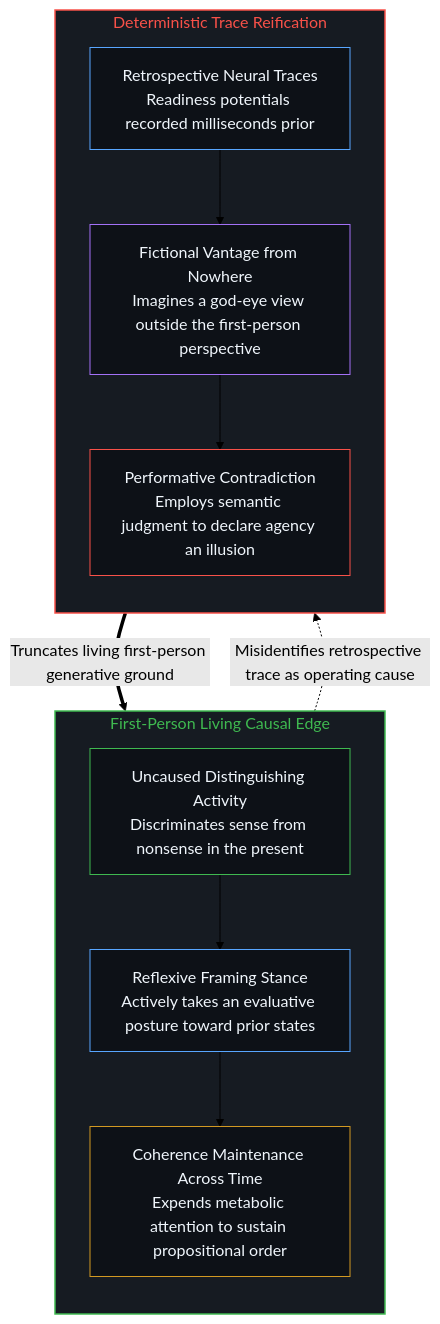
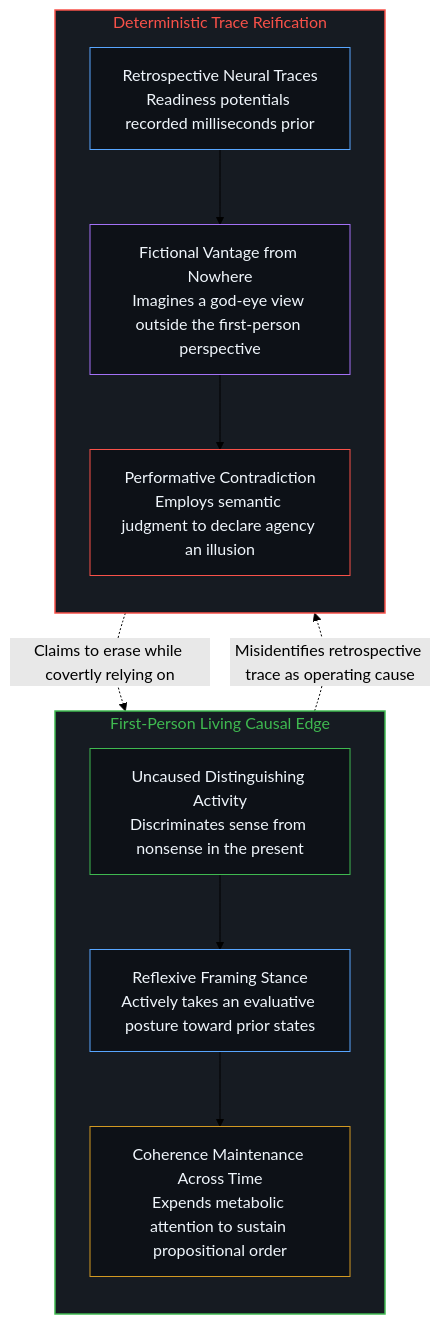
The second of 4 diagrams in content/posts/the-freedom-of-will-to-deny-itself.md (powerpig99/not-a-toe), drawn with Mermaid (forest theme) before and after one commit. The commit also changed other lines of this file and 3 other files, not shown here.

````diff
--- a/content/posts/the-freedom-of-will-to-deny-itself.md
+++ b/content/posts/the-freedom-of-will-to-deny-itself.md
@@ -53,23 +53,23 @@
 ```mermaid
 graph TD
     subgraph S_LivingEdge ["First-Person Living Causal Edge"]
         direction TB
         LE1["Uncaused Distinguishing Activity<br/>Discriminates sense from nonsense in the present"] --> LE2["Reflexive Framing Stance<br/>Actively takes an evaluative posture toward prior states"]
         LE2 --> LE3["Coherence Maintenance Across Time<br/>Expends metabolic attention to sustain propositional order"]
     end
     subgraph S_TraceReification ["Deterministic Trace Reification"]
         direction TB
         TR1["Retrospective Neural Traces<br/>Readiness potentials recorded milliseconds prior"] --> TR2["Fictional Vantage from Nowhere<br/>Imagines a god-eye view outside the first-person perspective"]
         TR2 --> TR3["Performative Contradiction<br/>Employs semantic judgment to declare agency an illusion"]
     end
     LE2 -.->|"Misidentifies retrospective trace as operating cause"| TR2
-    TR3 ==>|"Truncates living first-person generative ground"| LE1
+    TR3 -.->|"Claims to erase while covertly relying on"| LE1
     style S_LivingEdge fill:#161b22,stroke:#3fb950,stroke-width:1.5px,color:#3fb950
     style S_TraceReification fill:#161b22,stroke:#f85149,stroke-width:1.5px,color:#f85149
     style LE1 fill:#0d1117,stroke:#3fb950,stroke-width:1px,color:#f0f6fc
     style LE2 fill:#0d1117,stroke:#58a6ff,stroke-width:1px,color:#f0f6fc
     style LE3 fill:#0d1117,stroke:#d29922,stroke-width:1px,color:#f0f6fc
     style TR1 fill:#0d1117,stroke:#58a6ff,stroke-width:1px,color:#f0f6fc
     style TR2 fill:#0d1117,stroke:#a371f7,stroke-width:1px,color:#f0f6fc
     style TR3 fill:#0d1117,stroke:#f85149,stroke-width:1px,color:#f0f6fc
 ```
````
